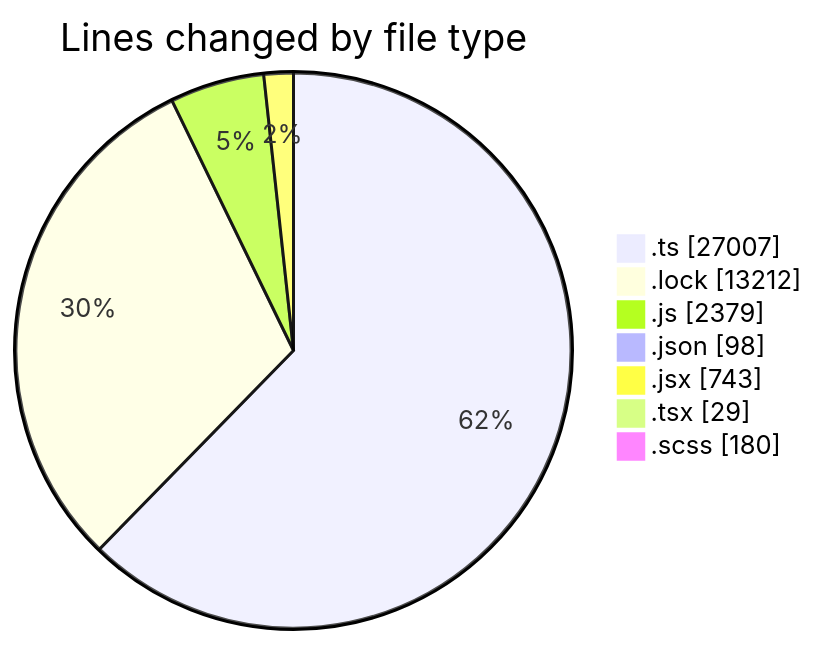
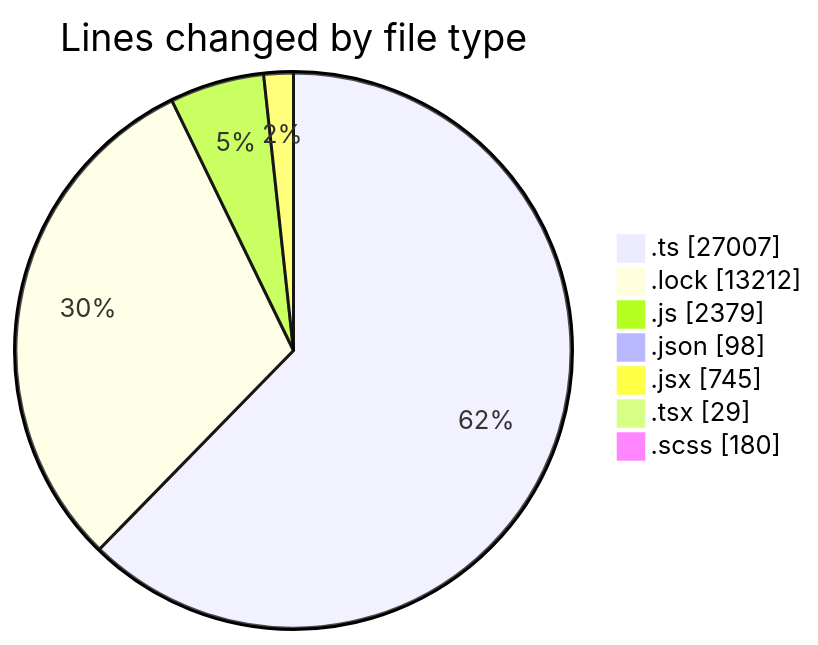
The first of 2 diagrams in 2025-05-16/cda/README.md (momahboobian/code-tracking), drawn with Mermaid before and after one commit. The commit also changed other lines of this file and 1 other file, not shown here.

````diff
--- a/2025-05-16/cda/README.md
+++ b/2025-05-16/cda/README.md
@@ -43,11 +43,11 @@
 ```mermaid
 pie showData
 title Lines changed by file type
 ".ts" : 27007
 ".lock" : 13212
 ".js" : 2379
 ".json" : 98
-".jsx" : 743
+".jsx" : 745
 ".tsx" : 29
 ".scss" : 180
 ```
````
